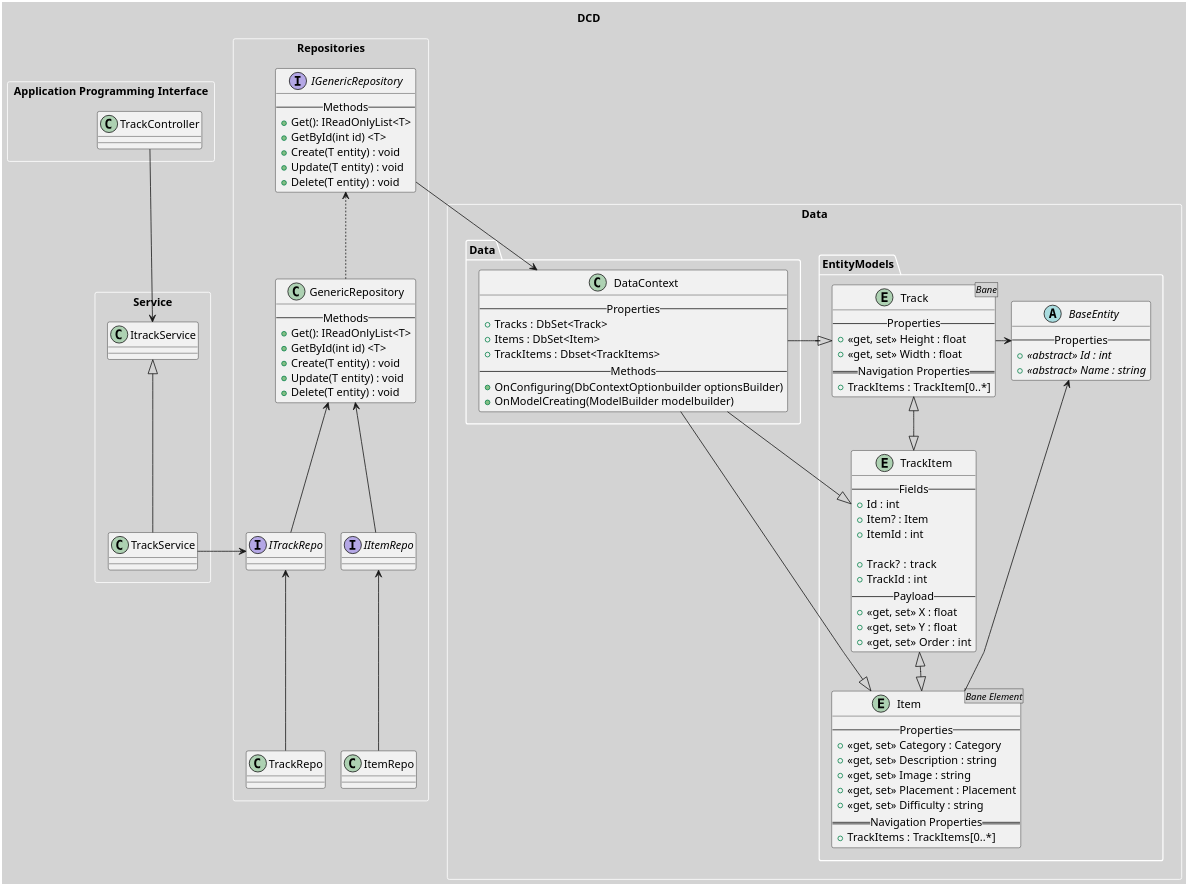
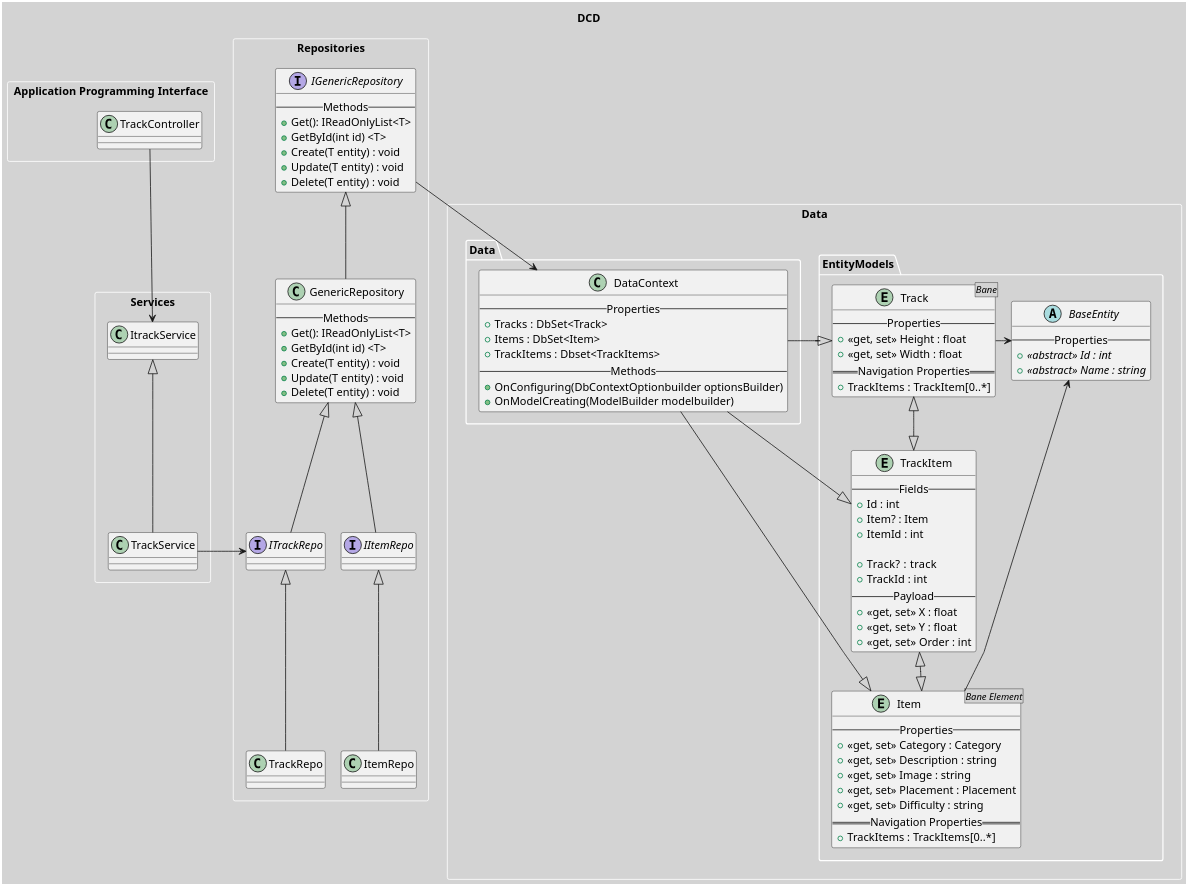
The diagram in Dokumentation/Scenarier/Baner/Development View/DCD/DCDv2.wsd (Team-1-ucl/DogApp), drawn with PlantUML before and after one commit.

Commit message:
Small corrections to dcd

```diff
--- a/Dokumentation/Scenarier/Baner/Development View/DCD/DCDv2.wsd
+++ b/Dokumentation/Scenarier/Baner/Development View/DCD/DCDv2.wsd
@@ -1,124 +1,124 @@
 @startuml DCDv2
 title DCD
 skinparam nodesep 20
 skinparam ranksep 50
 skinparam linetype polyline
 skinparam dpi 300
 skinparam ComponentBorderThickness 0
 skinparam BackgroundColor lightgrey
 skinparam ComponentBackgroundColor white
 skinparam ComponentBorderColor white
 skinparam PackageBorderColor white
 rectangle "Application Programming Interface" as API {
     class TrackController{
 
     }
 }
-rectangle "Service" as Service{
+rectangle "Services" as Service{
     class ItrackService{
         
     }
     class TrackService{
         
         
     }   
 }
 
 rectangle "Repositories" as Repositories{
     class "GenericRepository"{
             --Methods--
             + Get(): IReadOnlyList<T>
             + GetById(int id) <T>
             + Create(T entity) : void
             + Update(T entity) : void
             + Delete(T entity) : void
         }
 
         interface "IGenericRepository"{
             --Methods--
             + Get(): IReadOnlyList<T>
             + GetById(int id) <T>
             + Create(T entity) : void
             + Update(T entity) : void
             + Delete(T entity) : void
         }
         interface IItemRepo
         interface ITrackRepo
         class "ItemRepo"{
 
         }
         class "TrackRepo"{
 
         }
 }
 
 rectangle "Data" as models{
     package EntityModels{
         abstract class BaseEntity{
             -- Properties --
             + {abstract}<<abstract>> Id : int
             + {abstract}<<abstract>> Name : string
         }
         entity Track<Bane>{
             -- Properties --
             + <<get, set>> Height : float
             + <<get, set>> Width : float
             ==Navigation Properties==
             + TrackItems : TrackItem[0..*]
         }
         entity TrackItem{
             -- Fields --
             + Id : int
             + Item? : Item
             + ItemId : int
 
             + Track? :  track
             + TrackId : int
             -- Payload --
             + <<get, set>> X : float
             + <<get, set>> Y : float
             + <<get, set>> Order : int
         }
         entity Item<Bane Element>{
             -- Properties --
             + <<get, set>> Category : Category
             + <<get, set>> Description : string
             + <<get, set>> Image : string
             + <<get, set>> Placement : Placement
             + <<get, set>> Difficulty : string
             ==Navigation Properties==
             + TrackItems : TrackItems[0..*]
         }
     }
     package Data{
         class DataContext{
             --Properties--
             + Tracks : DbSet<Track>
             + Items : DbSet<Item>
             + TrackItems : Dbset<TrackItems>
             --Methods--
             + OnConfiguring(DbContextOptionbuilder optionsBuilder)
             + OnModelCreating(ModelBuilder modelbuilder)
         }
     }
 
 }
 
 TrackController --> ItrackService
-IGenericRepository  <.. GenericRepository
+IGenericRepository  <|-- GenericRepository
 IGenericRepository --> DataContext
-GenericRepository <-- IItemRepo
-GenericRepository <-- ITrackRepo
-ITrackRepo <-- TrackRepo
-IItemRepo <-- ItemRepo
+GenericRepository <|-- IItemRepo
+GenericRepository <|-- ITrackRepo
+ITrackRepo <|-- TrackRepo
+IItemRepo <|-- ItemRepo
 TrackService -> ITrackRepo
 ItrackService <|-- TrackService
 BaseEntity  <- Track
 BaseEntity <- Item
 Track <|--|> TrackItem
 TrackItem <|--|> Item
 DataContext -|> Track
 DataContext -|> TrackItem
 DataContext -|> Item
 
 @enduml
```
